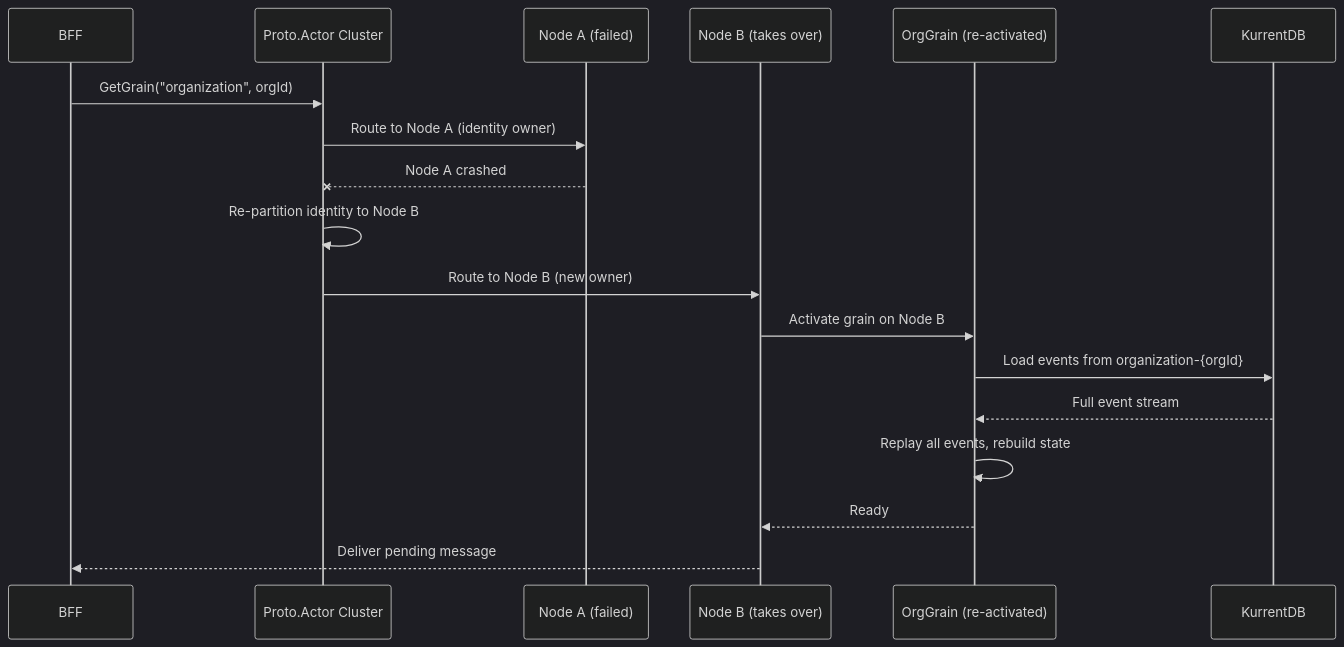
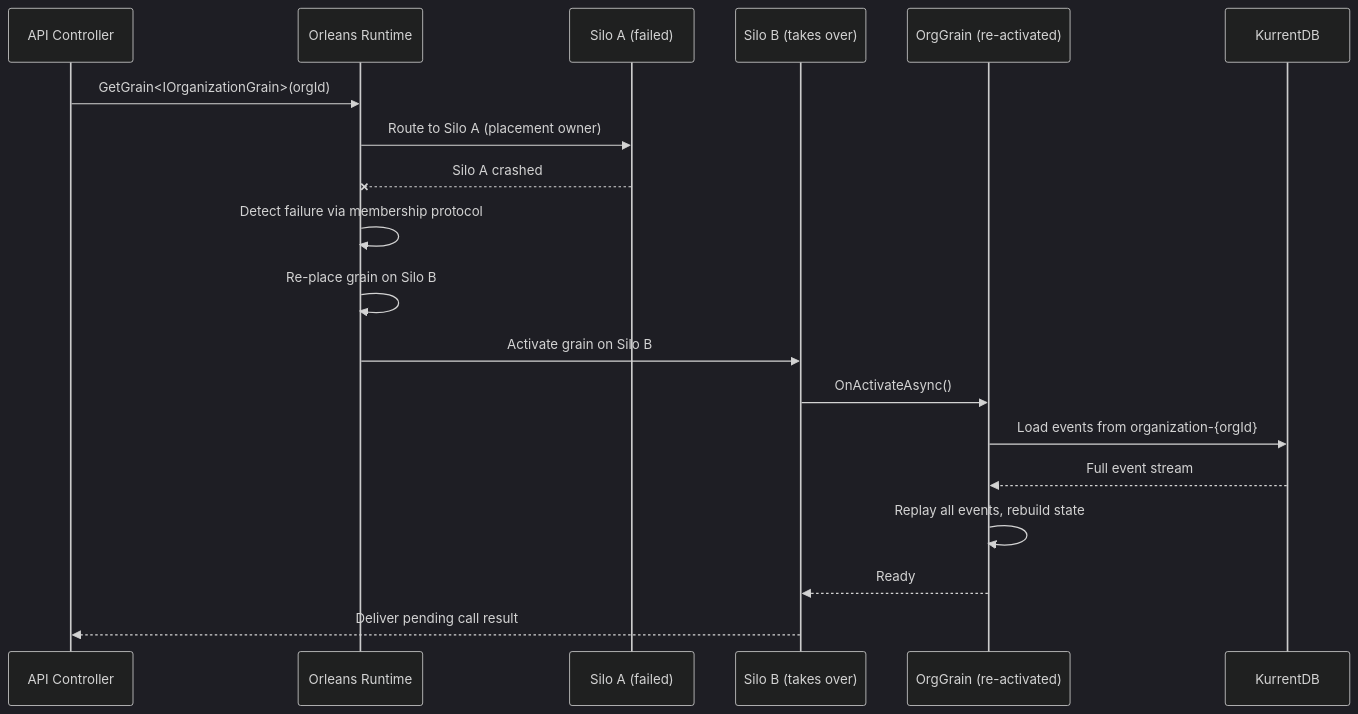
One commit to lekhasy/Vut changed diagram 19 of 19 in epics/01-epic-first-signin-org/architecture/architecture.md. Above: the diagram before and after it, drawn with Mermaid (dark theme). The commit also changed other lines of this file and 32 other files, not shown here.

````diff
--- a/epics/01-epic-first-signin-org/architecture/architecture.md
+++ b/epics/01-epic-first-signin-org/architecture/architecture.md
@@ -1453,21 +1538,22 @@
 ```mermaid
 sequenceDiagram
-    participant Client as BFF
-    participant Cluster as Proto.Actor Cluster
-    participant Node1 as Node A (failed)
-    participant Node2 as Node B (takes over)
+    participant Client as API Controller
+    participant Runtime as Orleans Runtime
+    participant Silo1 as Silo A (failed)
+    participant Silo2 as Silo B (takes over)
     participant Grain as OrgGrain (re-activated)
     participant K as KurrentDB
 
-    Client->>Cluster: GetGrain("organization", orgId)
-    Cluster->>Node1: Route to Node A (identity owner)
-    Node1--xCluster: Node A crashed
-    Cluster->>Cluster: Re-partition identity to Node B
-    Cluster->>Node2: Route to Node B (new owner)
-    Node2->>Grain: Activate grain on Node B
+    Client->>Runtime: GetGrain<IOrganizationGrain>(orgId)
+    Runtime->>Silo1: Route to Silo A (placement owner)
+    Silo1--xRuntime: Silo A crashed
+    Runtime->>Runtime: Detect failure via membership protocol
+    Runtime->>Runtime: Re-place grain on Silo B
+    Runtime->>Silo2: Activate grain on Silo B
+    Silo2->>Grain: OnActivateAsync()
     Grain->>K: Load events from organization-{orgId}
     K-->>Grain: Full event stream
     Grain->>Grain: Replay all events, rebuild state
-    Grain-->>Node2: Ready
-    Node2-->>Client: Deliver pending message
+    Grain-->>Silo2: Ready
+    Silo2-->>Client: Deliver pending call result
 ```
````
